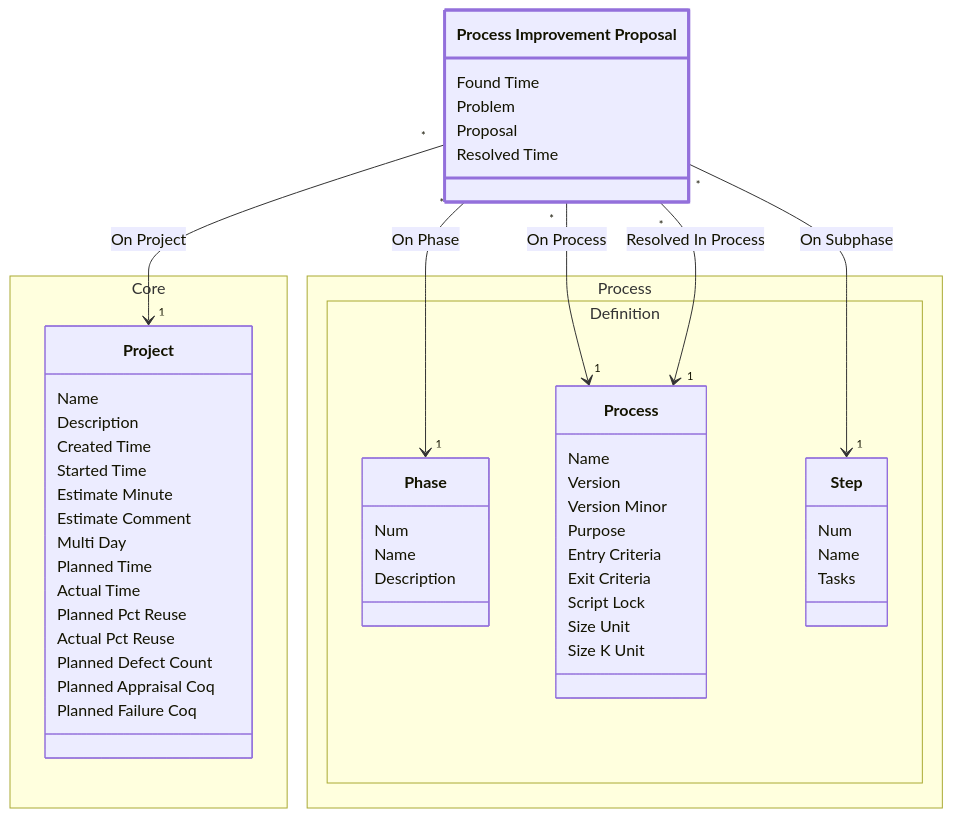
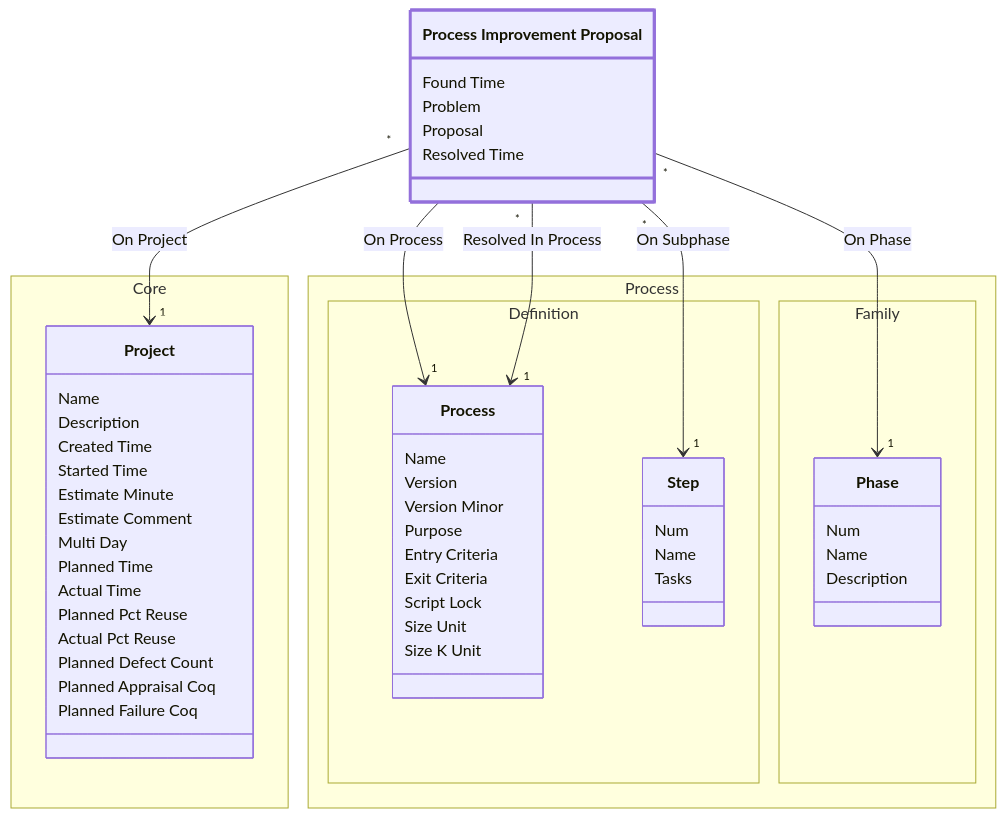
The diagram in examples/requirements/req/output/development/class-domain.project.subdomain.quality.class.pip.md (glemzurg/glemzurg), drawn with Mermaid before and after one commit. The commit also changed other lines of this file and 62 other files, not shown here.

````diff
--- a/examples/requirements/req/output/development/class-domain.project.subdomain.quality.class.pip.md
+++ b/examples/requirements/req/output/development/class-domain.project.subdomain.quality.class.pip.md
@@ -26,62 +26,64 @@
 ```mermaid
 ---
 config:
   class:
     hideEmptyMembersBox: true
 ---
 classDiagram
 class class_domain_project_subdomain_quality_class_pip["Process Improvement Proposal"] {
         Found Time
         Problem
         Proposal
         Resolved Time
     }
 namespace Core {
 class class_domain_project_subdomain_core_class_project["Project"] {
             Name
             Description
             Created Time
             Started Time
             Estimate Minute
             Estimate Comment
             Multi Day
             Planned Time
             Actual Time
             Planned Pct Reuse
             Actual Pct Reuse
             Planned Defect Count
             Planned Appraisal Coq
             Planned Failure Coq
         }
 }
 namespace Process.Definition {
-class class_domain_process_subdomain_definition_class_phase["Phase"] {
-            Num
-            Name
-            Description
-        }
 class class_domain_process_subdomain_definition_class_process["Process"] {
             Name
             Version
             Version Minor
             Purpose
             Entry Criteria
             Exit Criteria
             Script Lock
             Size Unit
             Size K Unit
         }
 class class_domain_process_subdomain_definition_class_step["Step"] {
             Num
             Name
             Tasks
         }
 }
+namespace Process.Family {
+class class_domain_process_subdomain_family_class_phase["Phase"] {
+            Num
+            Name
+            Description
+        }
+}
 style class_domain_project_subdomain_quality_class_pip stroke:#9370DB,stroke-width:3px
-class_domain_project_subdomain_quality_class_pip "*" --> "1" class_domain_process_subdomain_definition_class_phase : On Phase
 class_domain_project_subdomain_quality_class_pip "*" --> "1" class_domain_process_subdomain_definition_class_process : On Process
 class_domain_project_subdomain_quality_class_pip "*" --> "1" class_domain_process_subdomain_definition_class_process : Resolved In Process
 class_domain_project_subdomain_quality_class_pip "*" --> "1" class_domain_process_subdomain_definition_class_step : On Subphase
+class_domain_project_subdomain_quality_class_pip "*" --> "1" class_domain_process_subdomain_family_class_phase : On Phase
 class_domain_project_subdomain_quality_class_pip "*" --> "1" class_domain_project_subdomain_core_class_project : On Project
 
 ```
````
